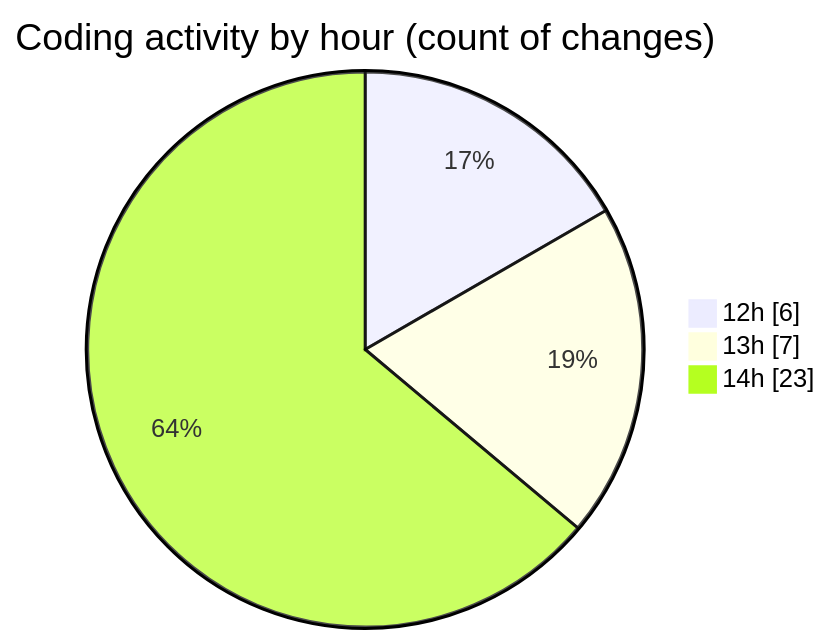
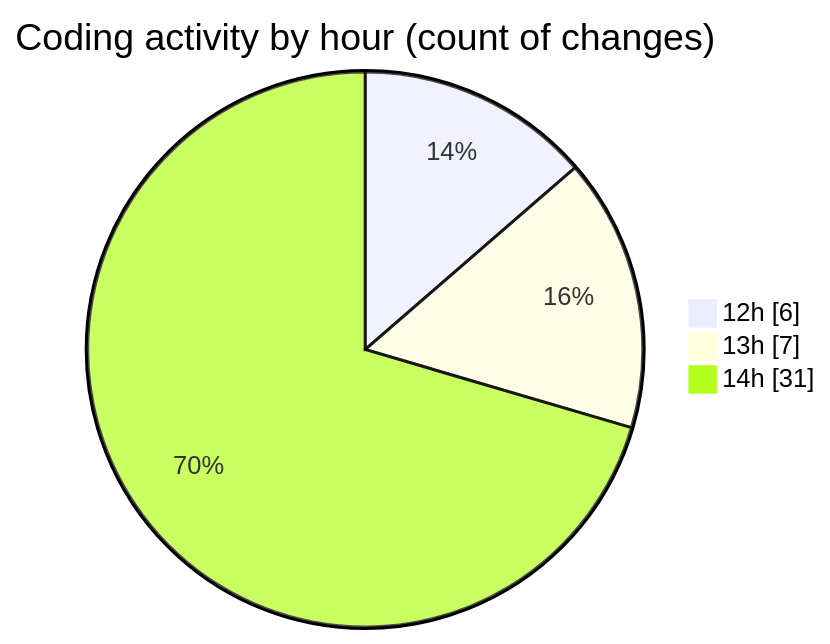
The second of 2 diagrams in 2025-05-26/nxtqube_webapp/README.md (nxtqubesakshisongat/code-tracking), drawn with Mermaid before and after one commit. The commit also changed other lines of this file and 1 other file, not shown here.

````diff
--- a/2025-05-26/nxtqube_webapp/README.md
+++ b/2025-05-26/nxtqube_webapp/README.md
@@ -28,7 +28,7 @@
 ```mermaid
 pie showData
 title Coding activity by hour (count of changes)
 "12h" : 6
 "13h" : 7
-"14h" : 23
+"14h" : 31
 ```
````
